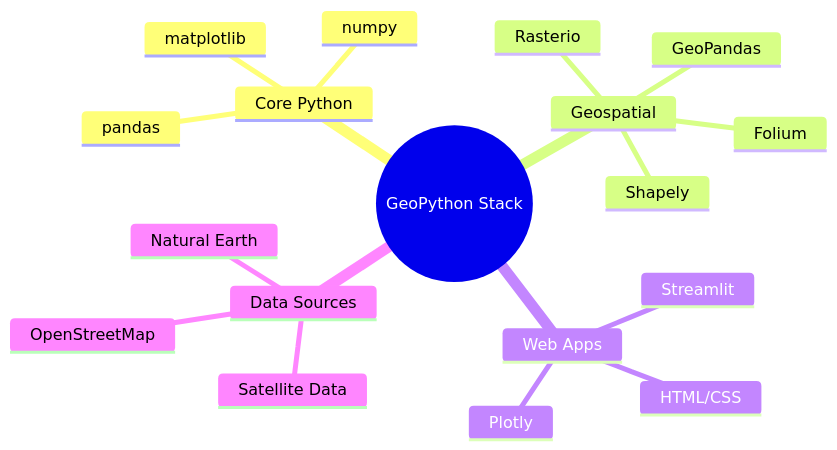
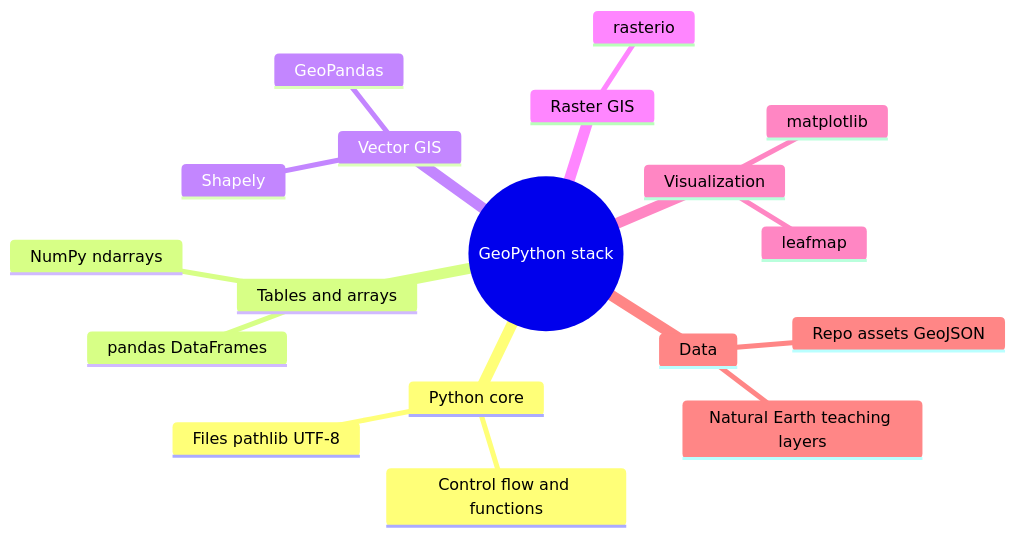
Before and after one commit to Rotten-Grapes-Pvt-Ltd/Geopython-101: the second of 2 diagrams in docs/index.md, drawn with Mermaid. The commit also changed other lines of this file and 5 other files, not shown here.

Commit message:
Refactor GIS Fundamentals module: update learning goals, enhance vector and raster data explanations, and clarify CRS concepts. Add new diagrams for geographic and projected CRS. Revise index for improved course structure and clarity.

````diff
--- a/docs/index.md
+++ b/docs/index.md
@@ -96,21 +90,21 @@
 ```mermaid
 mindmap
-  root((GeoPython Stack))
-    Core Python
-      pandas
-      numpy
+  root((GeoPython stack))
+    Python core
+      Control flow and functions
+      Files pathlib UTF-8
+    Tables and arrays
+      pandas DataFrames
+      NumPy ndarrays
+    Vector GIS
+      GeoPandas
+      Shapely
+    Raster GIS
+      rasterio
+    Visualization
       matplotlib
-    Geospatial
-      GeoPandas
-      Rasterio
-      Shapely
-      Folium
-    Web Apps
-      Streamlit
-      Plotly
-      HTML/CSS
-    Data Sources
-      Natural Earth
-      OpenStreetMap
-      Satellite Data
+      leafmap
+    Data
+      Repo assets GeoJSON
+      Natural Earth teaching layers
 ```
````
